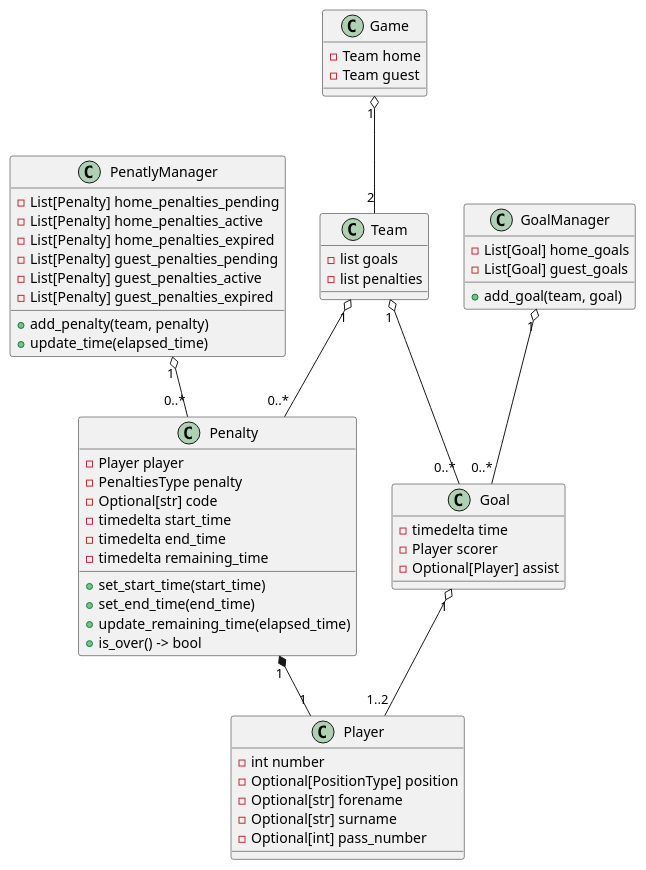
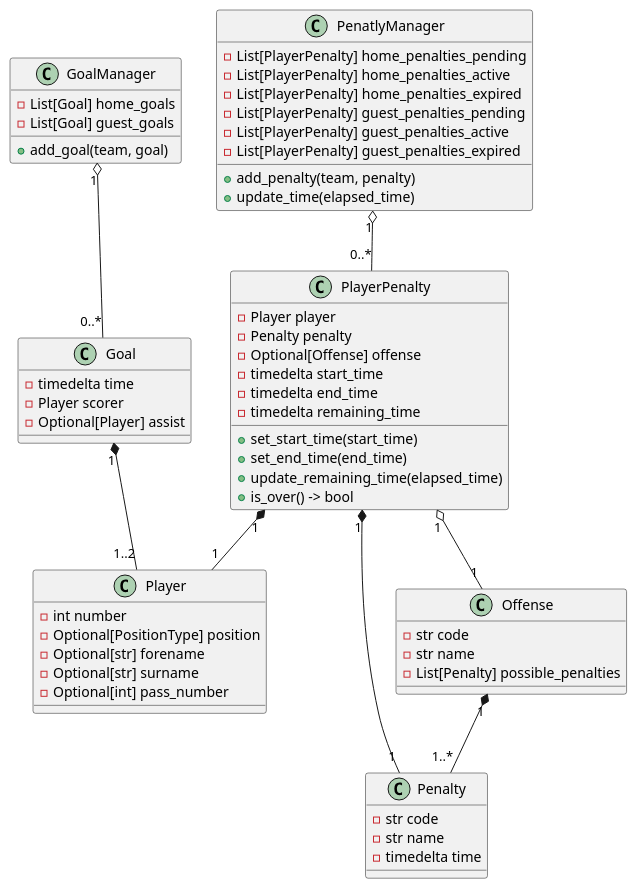
Before and after one commit to maerkl24/hockeygameclock: the diagram in docs/plantuml/overview.plantuml, drawn with PlantUML. The commit also changed 1 other file, not shown here.

```diff
--- a/docs/plantuml/overview.plantuml
+++ b/docs/plantuml/overview.plantuml
@@ -1,64 +1,66 @@
 @startuml Overview
 
 class Player {
     - int number
     - Optional[PositionType] position
     - Optional[str] forename
     - Optional[str] surname
     - Optional[int] pass_number
 }
 
 class Penalty {
+    - str code
+    - str name 
+    - timedelta time
+}
+
+class Offense {
+    - str code
+    - str name 
+    - List[Penalty] possible_penalties
+}
+Offense "1" *-- "1..*" Penalty
+
+class PlayerPenalty {
     - Player player
-    - PenaltiesType penalty 
-    - Optional[str] code
+    - Penalty penalty 
+    - Optional[Offense] offense
     - timedelta start_time
     - timedelta end_time
     - timedelta remaining_time
     + set_start_time(start_time)
     + set_end_time(end_time)
     + update_remaining_time(elapsed_time)
     + is_over() -> bool
 }
-Penalty "1" *-- "1" Player
+PlayerPenalty "1" *-- "1" Player
+PlayerPenalty "1" *-- "1" Penalty
+PlayerPenalty "1" o-- "1" Offense
 
 class PenatlyManager {
-    - List[Penalty] home_penalties_pending
-    - List[Penalty] home_penalties_active
-    - List[Penalty] home_penalties_expired
-    - List[Penalty] guest_penalties_pending
-    - List[Penalty] guest_penalties_active
-    - List[Penalty] guest_penalties_expired
+    - List[PlayerPenalty] home_penalties_pending
+    - List[PlayerPenalty] home_penalties_active
+    - List[PlayerPenalty] home_penalties_expired
+    - List[PlayerPenalty] guest_penalties_pending
+    - List[PlayerPenalty] guest_penalties_active
+    - List[PlayerPenalty] guest_penalties_expired
     + add_penalty(team, penalty)
     + update_time(elapsed_time)
 }
-PenatlyManager "1" o-- "0..*" Penalty
+PenatlyManager "1" o-- "0..*" PlayerPenalty
 
 class Goal {
     - timedelta time
     - Player scorer
     - Optional[Player] assist
 }
-Goal "1" o-- "1..2" Player
+Goal "1" *-- "1..2" Player
 
 class GoalManager {
     - List[Goal] home_goals
     - List[Goal] guest_goals
     + add_goal(team, goal)
 }
 GoalManager "1" o-- "0..*" Goal
 
-class Team {
-    - list goals
-    - list penalties
-}
-Team "1" o-- "0..*" Goal
-Team "1" o-- "0..*" Penalty
-
-class Game {
-    - Team home
-    - Team guest
-}
-Game "1" o-- "2" Team
-
 @enduml
```
